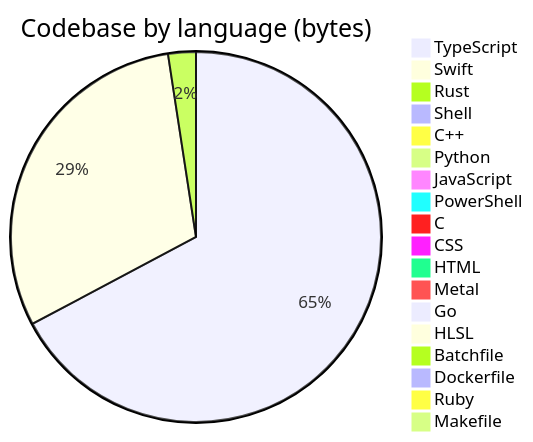
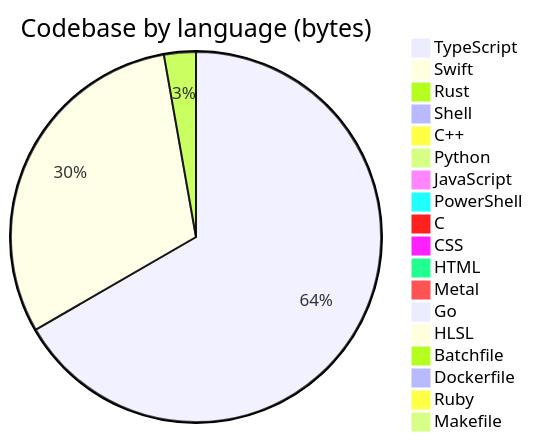
Before and after one commit to Open330/.github: the diagram in profile/README.md, drawn with Mermaid. The commit also changed other lines of this file, not shown here.

````diff
--- a/profile/README.md
+++ b/profile/README.md
@@ -127,21 +127,21 @@
 ```mermaid
 pie title Codebase by language (bytes)
-    "TypeScript" : 34121315
-    "Swift" : 15402307
-    "Rust" : 1228306
-    "Shell" : 470041
+    "TypeScript" : 34135645
+    "Swift" : 15655719
+    "Rust" : 1422390
+    "Shell" : 472359
     "C++" : 388775
     "Python" : 297604
-    "JavaScript" : 239569
+    "JavaScript" : 242073
     "PowerShell" : 128198
     "C" : 114143
-    "CSS" : 84252
-    "HTML" : 34564
+    "CSS" : 84495
+    "HTML" : 34594
     "Metal" : 33033
     "Go" : 22811
     "HLSL" : 7527
     "Batchfile" : 5870
     "Dockerfile" : 4893
     "Ruby" : 1554
     "Makefile" : 1150
 ```
````
